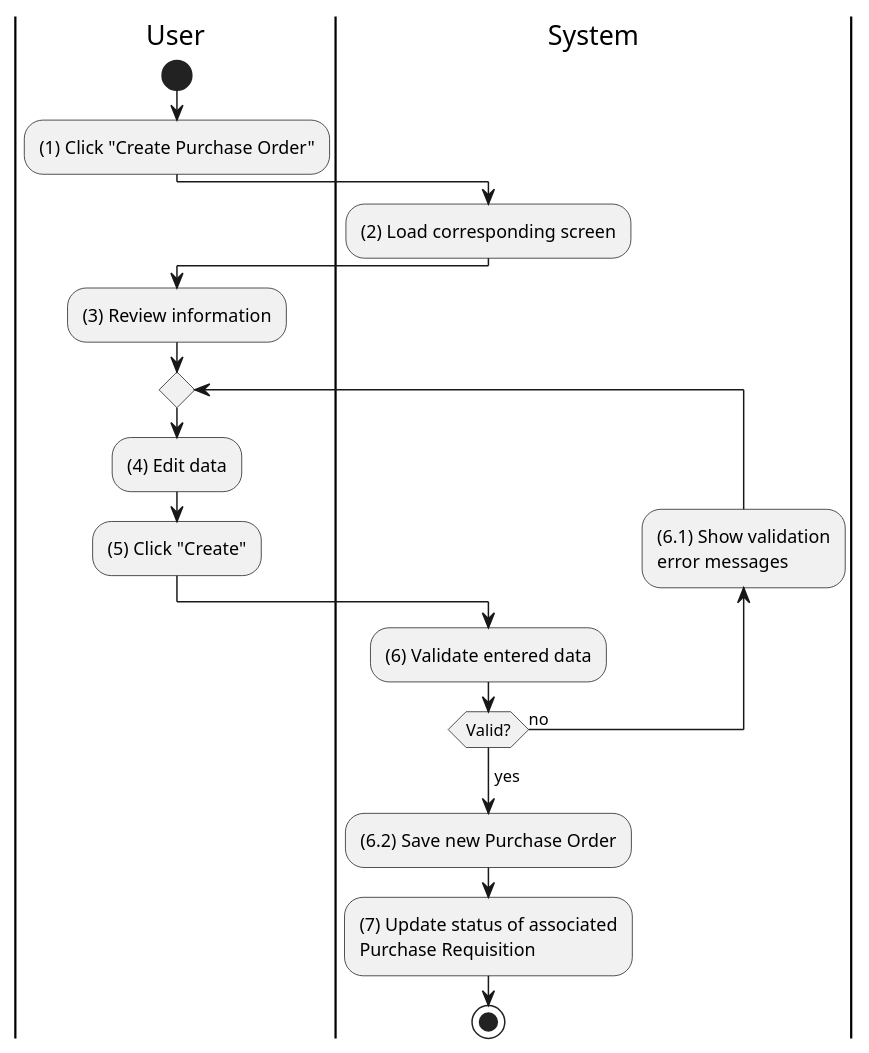
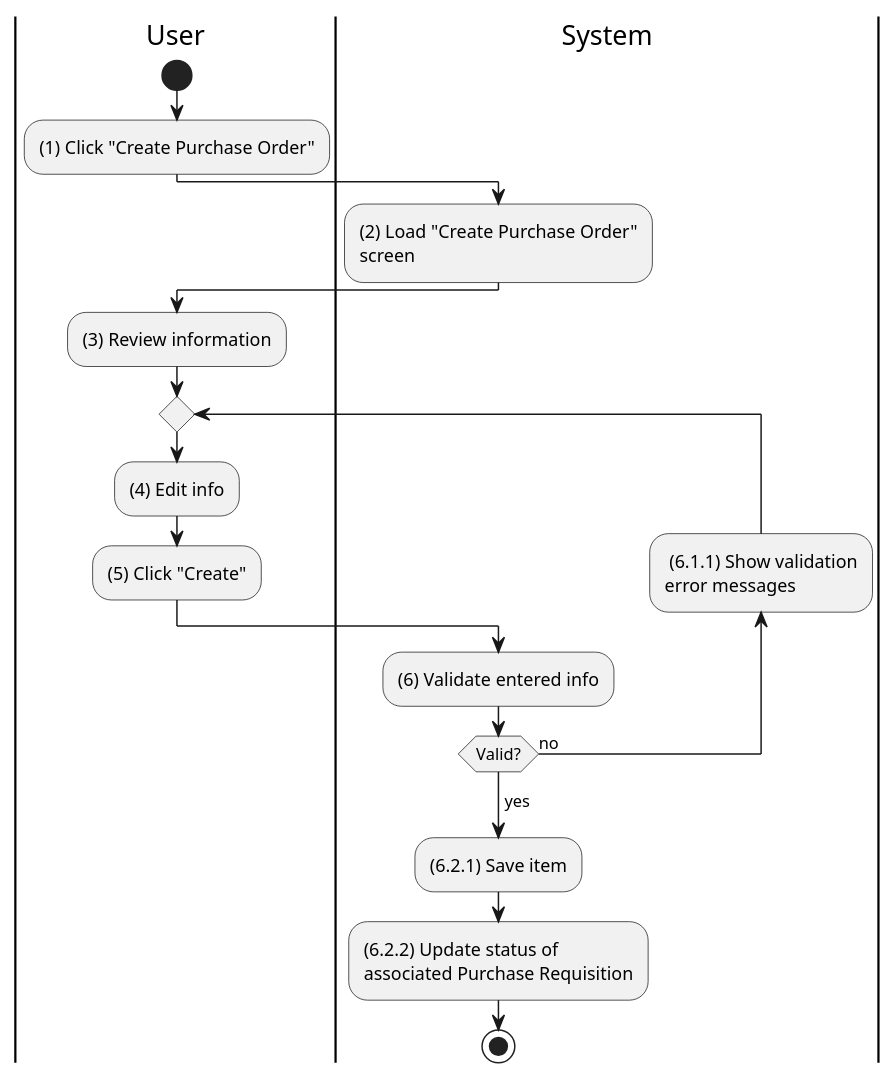
One commit to phihungha/scmss-reqs changed the diagram in activities/purchase-order-create.plantuml. Above: the diagram before and after it, drawn with PlantUML. The commit also changed 9 other files, not shown here.

Commit message:
Improve purchase order activities

```diff
--- a/activities/purchase-order-create.plantuml
+++ b/activities/purchase-order-create.plantuml
@@ -1,27 +1,26 @@
 @startuml purchase-order-create
 |u|User
 |s|System
 
 |u|
 start
 :(1) Click "Create Purchase Order";
 
 |s|
-:(2) Load corresponding screen;
+:(2) Load "Create Purchase Order"\nscreen;
 
 |u|
 :(3) Review information;
 repeat
-    :(4) Edit data;
+    :(4) Edit info;
     :(5) Click "Create";
 
     |s|
-    :(6) Validate entered data;
-    backward:(6.1) Show validation
-    error messages;
+    :(6) Validate entered info;
+    backward: (6.1.1) Show validation\nerror messages;
 repeat while (Valid?) is (no)
 ->yes;
-:(6.2) Save new Purchase Order;
-:(7) Update status of associated\nPurchase Requisition;
+:(6.2.1) Save item;
+:(6.2.2) Update status of\nassociated Purchase Requisition;
 stop
 @enduml
```
